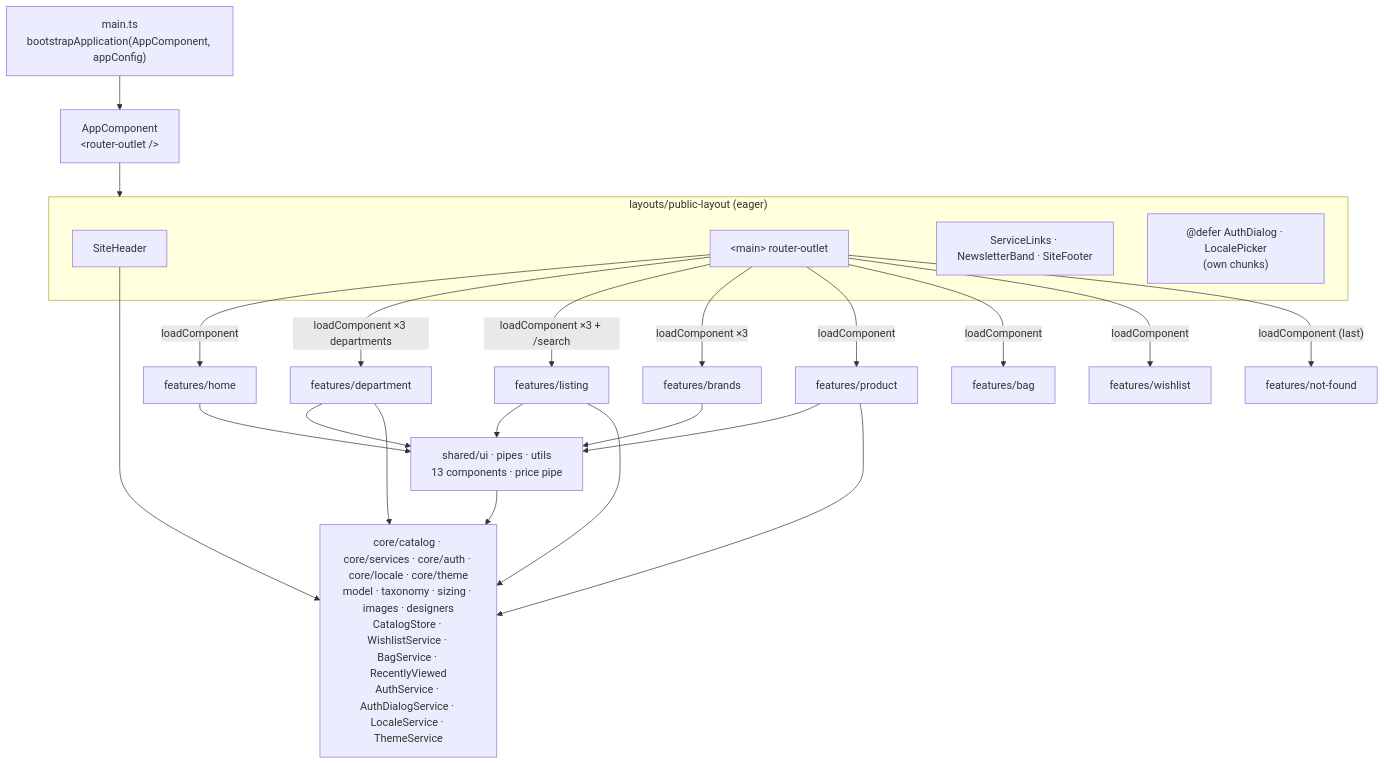
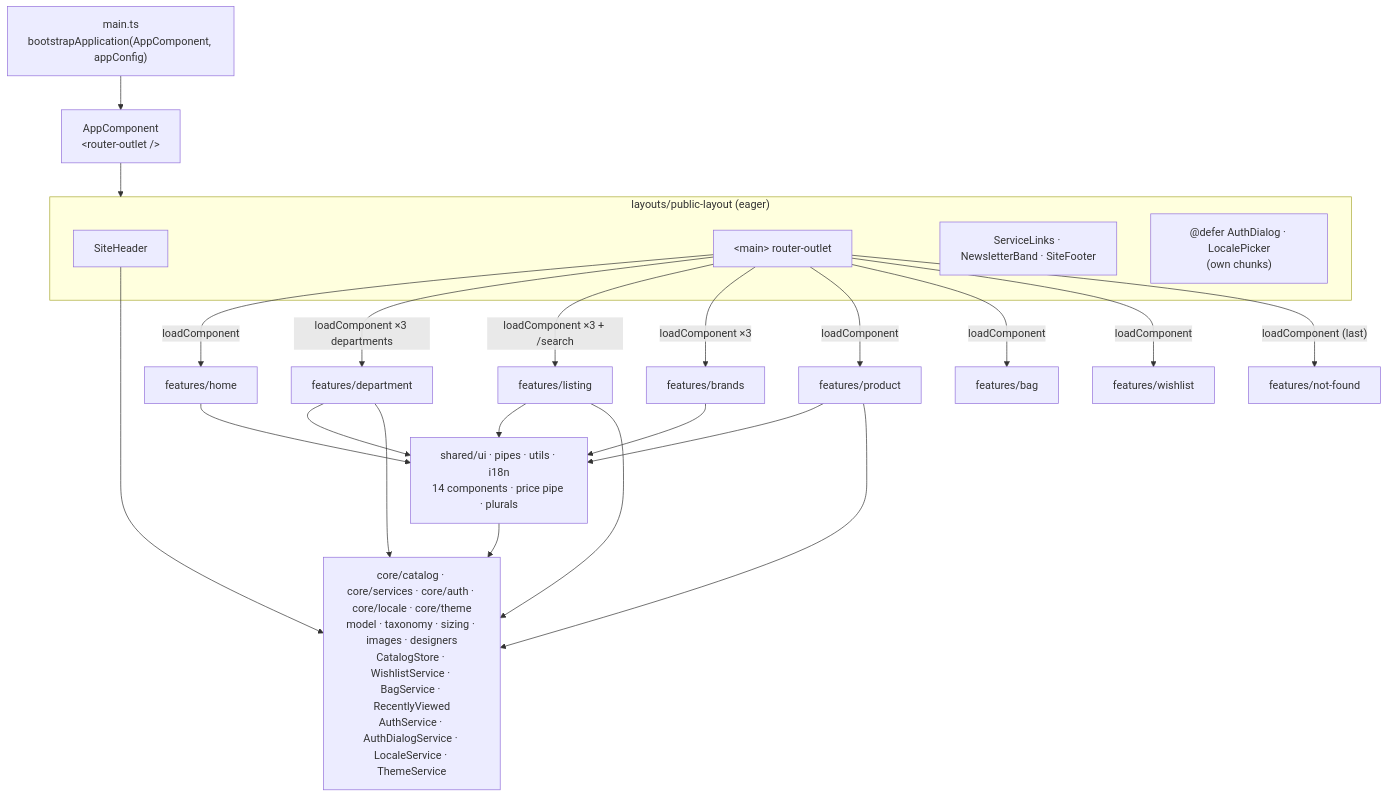
The first of 2 diagrams in README.md (CristianSifuentes/stitchFarfetchStoreOnline), drawn with Mermaid before and after one commit. The commit also changed other lines of this file and 11 other files, not shown here.

First line of the commit message:
docs: README and ARCHITECTURE checked against the code

````diff
--- a/README.md
+++ b/README.md
@@ -169,35 +218,35 @@
 ```mermaid
 flowchart TD
     main["main.ts<br/>bootstrapApplication(AppComponent, appConfig)"] --> App["AppComponent<br/>&lt;router-outlet /&gt;"]
     App --> Layout
 
     subgraph Layout["layouts/public-layout (eager)"]
       Header["SiteHeader"]
       Outlet["&lt;main&gt; router-outlet"]
       Below["ServiceLinks · NewsletterBand · SiteFooter"]
       Auth["@defer AuthDialog · LocalePicker<br/>(own chunks)"]
     end
 
     Outlet -->|loadComponent| Home["features/home"]
     Outlet -->|"loadComponent ×3 departments"| Dept["features/department"]
     Outlet -->|"loadComponent ×3 + /search"| Listing["features/listing"]
     Outlet -->|"loadComponent ×3"| Brands["features/brands"]
     Outlet -->|loadComponent| Product["features/product"]
     Outlet -->|loadComponent| Bag["features/bag"]
     Outlet -->|loadComponent| Wish["features/wishlist"]
     Outlet -->|"loadComponent (last)"| NotFound["features/not-found"]
 
-    Shared["shared/ui · pipes · utils<br/>13 components · price pipe"]
+    Shared["shared/ui · pipes · utils · i18n<br/>14 components · price pipe · plurals"]
     Core["core/catalog · core/services · core/auth · core/locale · core/theme<br/>model · taxonomy · sizing · images · designers<br/>CatalogStore · WishlistService · BagService · RecentlyViewed<br/>AuthService · AuthDialogService · LocaleService · ThemeService"]
 
     Home --> Shared
     Dept --> Shared
     Listing --> Shared
     Brands --> Shared
     Product --> Shared
     Shared --> Core
     Dept --> Core
     Listing --> Core
     Product --> Core
     Header --> Core
 ```
````
